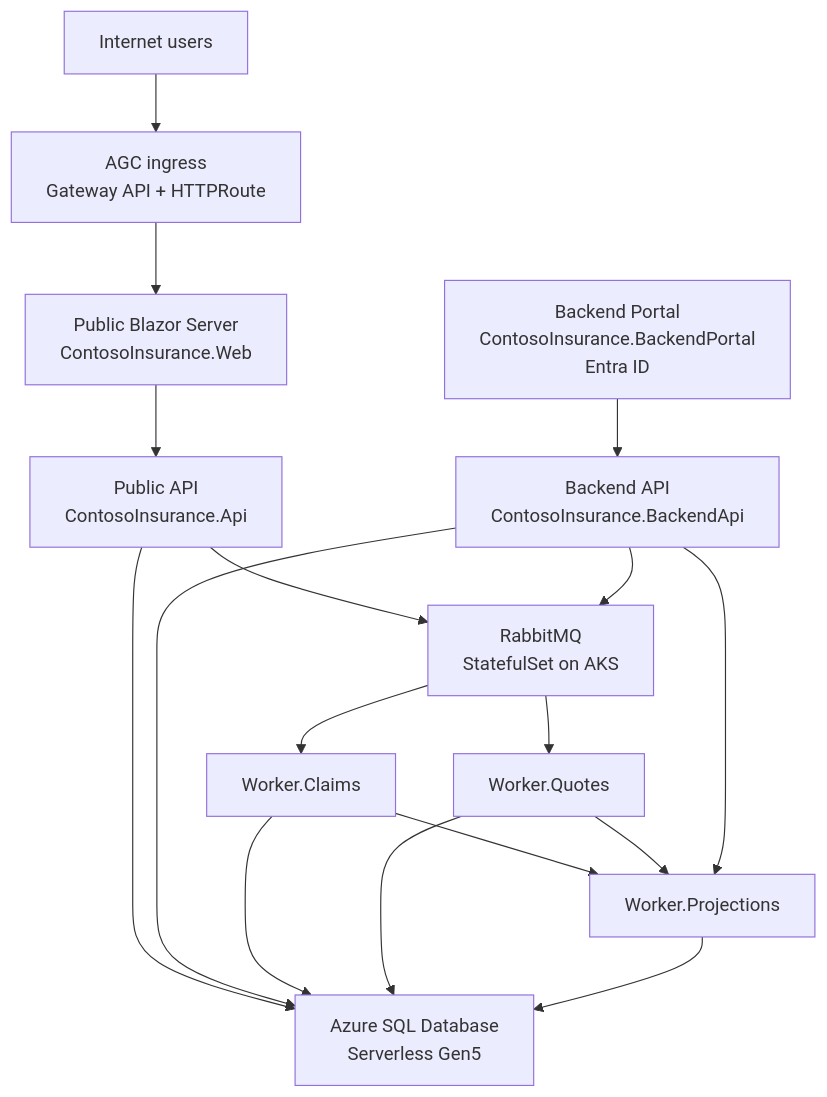
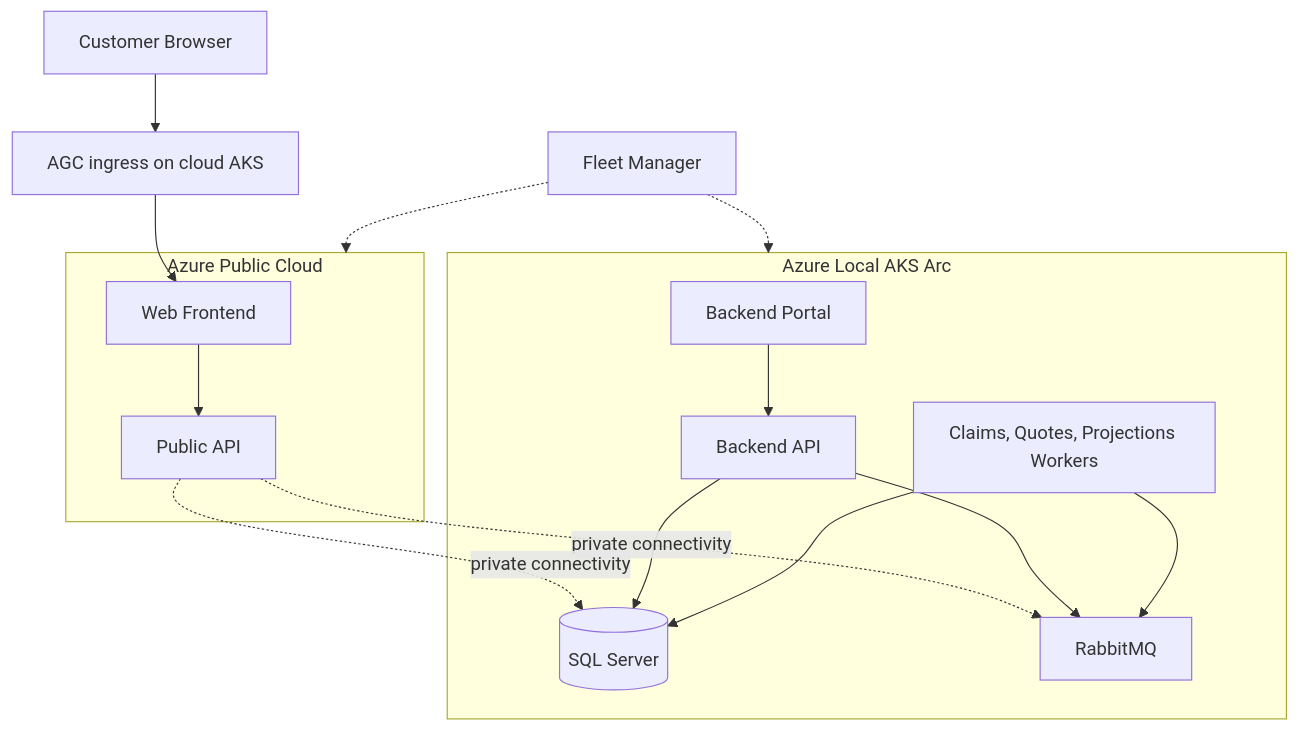
Before and after one commit to EmeaAppGbb/ContosoInsurances-NativeToLocal: the second of 2 diagrams in README.md, drawn with Mermaid. The commit also changed other lines of this file, not shown here.

Commit message:
docs: sync README from local-hybrid (full continuum + provisioning note)

````diff
--- a/README.md
+++ b/README.md
@@ -85,31 +91,29 @@
 ```mermaid
-graph TD
-    Internet[Internet users]
-    AGC[AGC ingress\nGateway API + HTTPRoute]
-    Web[Public Blazor Server\nContosoInsurance.Web]
-    PublicApi[Public API\nContosoInsurance.Api]
-    Rabbit[RabbitMQ\nStatefulSet on AKS]
-    Portal[Backend Portal\nContosoInsurance.BackendPortal\nEntra ID]
-    BackendApi[Backend API\nContosoInsurance.BackendApi]
-    Claims[Worker.Claims]
-    Quotes[Worker.Quotes]
-    Projections[Worker.Projections]
-    Sql[Azure SQL Database\nServerless Gen5]
+flowchart TB
+    Browser[Customer Browser] --> AGC[AGC ingress on cloud AKS]
+    AGC --> Web[Web Frontend]
+    Web --> PublicApi[Public API]
 
-    Internet --> AGC
-    AGC --> Web
-    Web --> PublicApi
-    PublicApi --> Sql
-    PublicApi --> Rabbit
+    subgraph Cloud[Azure Public Cloud]
+        Web
+        PublicApi
+    end
+
+    subgraph Local[Azure Local AKS Arc]
+        Portal[Backend Portal]
+        BackendApi[Backend API]
+        Workers[Claims, Quotes, Projections Workers]
+        Sql[(SQL Server)]
+        Rabbit[RabbitMQ]
+    end
+
+    PublicApi -. private connectivity .-> Rabbit
+    PublicApi -. private connectivity .-> Sql
     Portal --> BackendApi
+    BackendApi --> Rabbit
     BackendApi --> Sql
-    BackendApi --> Rabbit
-    Rabbit --> Claims
-    Rabbit --> Quotes
-    Claims --> Sql
-    Quotes --> Sql
-    Claims --> Projections
-    Quotes --> Projections
-    Projections --> Sql
-    BackendApi --> Projections
+    Workers --> Rabbit
+    Workers --> Sql
+    Fleet[Fleet Manager] -.-> Cloud
+    Fleet -.-> Local
 ```
````
